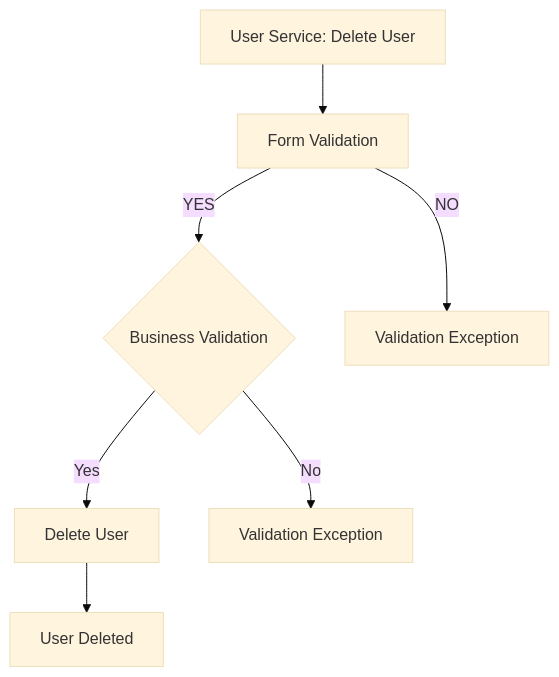
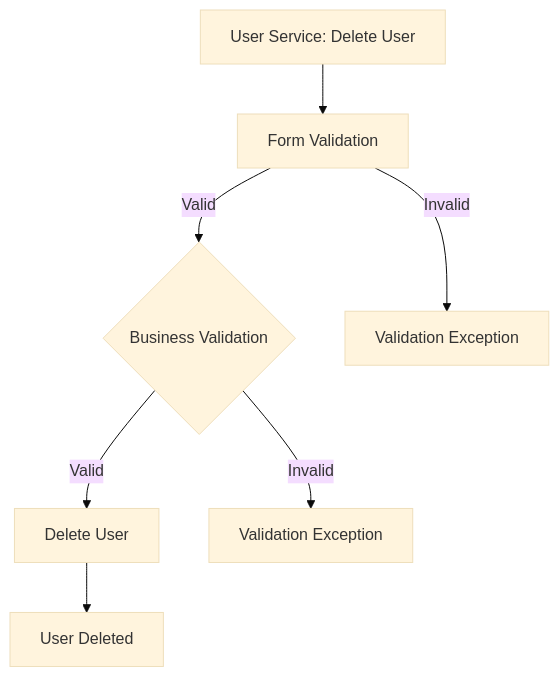
One commit to fssa-batch3/sec_b_inbalokesh.esakkipandi__corejava_project_2 changed the third of 9 diagrams in README.md. Above: the diagram before and after it, drawn with Mermaid (base theme). The commit also changed other lines of this file, not shown here.

````diff
--- a/README.md
+++ b/README.md
@@ -120,9 +131,9 @@
 ```mermaid
 graph TD;
   A["User Service: Delete User"] --> B["Form Validation"]
-  B -- YES--> C{Business Validation}
-  B -- NO --> G[Validation Exception]
-  C -- Yes --> D[Delete User]
+  B -- Valid --> C{Business Validation}
+  B -- Invalid--> G[Validation Exception]
+  C -- Valid --> D[Delete User]
+  C -- Invalid --> F[Validation Exception]
   D --> E[User Deleted]
-  C -- No --> F[Validation Exception]
 ```
````
